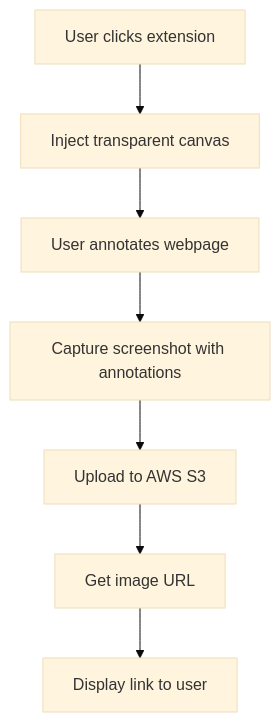
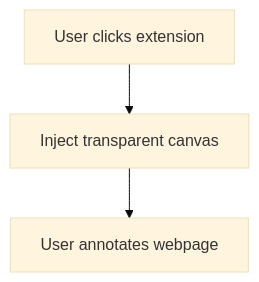
Before and after one commit to swiftugandan/web-annotator: the diagram in docs/spec.md, drawn with Mermaid (base theme). The commit also changed other lines of this file and 7 other files, not shown here.

````diff
--- a/docs/spec.md
+++ b/docs/spec.md
@@ -19,9 +16,5 @@
 ```mermaid
 flowchart TD
     A[User clicks extension] --> B[Inject transparent canvas]
     B --> C[User annotates webpage]
-    C --> D[Capture screenshot with annotations]
-    D --> E[Upload to AWS S3]
-    E --> F[Get image URL]
-    F --> G[Display link to user]
 ```
````
